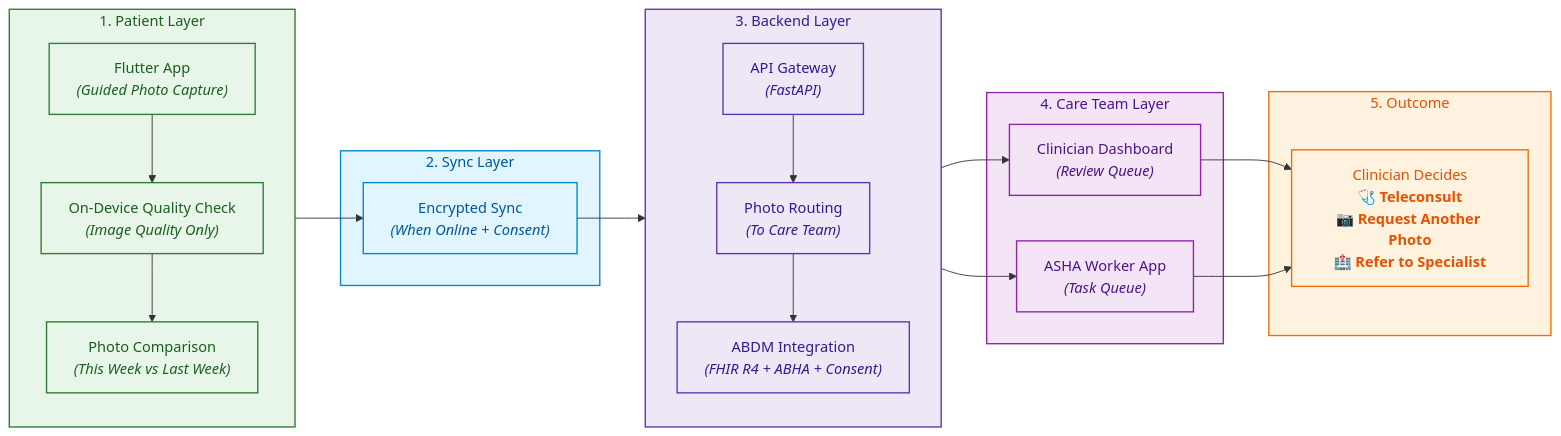
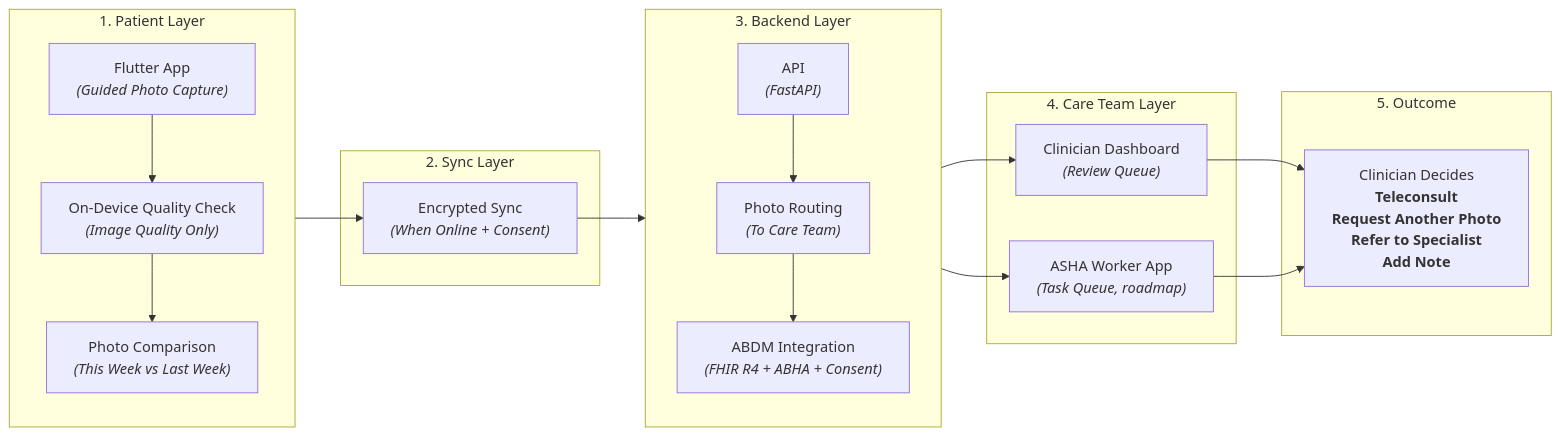
The diagram in README.md (kamblepranjali88-code/StepGuard-AI---Weekly-Foot-Check-Companion), drawn with Mermaid before and after one commit. The commit also changed other lines of this file, not shown here.

````diff
--- a/README.md
+++ b/README.md
@@ -67,52 +77,36 @@
 ```mermaid
 flowchart LR
     subgraph S1["1. Patient Layer"]
         direction TB
         D1["Flutter App<br/><i>(Guided Photo Capture)</i>"]
         D2["On-Device Quality Check<br/><i>(Image Quality Only)</i>"]
         D3["Photo Comparison<br/><i>(This Week vs Last Week)</i>"]
     end
 
     subgraph S2["2. Sync Layer"]
         P1["Encrypted Sync<br/><i>(When Online + Consent)</i>"]
     end
 
     subgraph S3["3. Backend Layer"]
         direction TB
-        C1["API Gateway<br/><i>(FastAPI)</i>"]
+        C1["API<br/><i>(FastAPI)</i>"]
         C2["Photo Routing<br/><i>(To Care Team)</i>"]
         C3["ABDM Integration<br/><i>(FHIR R4 + ABHA + Consent)</i>"]
     end
 
     subgraph S4["4. Care Team Layer"]
         DB["Clinician Dashboard<br/><i>(Review Queue)</i>"]
-        ASHA["ASHA Worker App<br/><i>(Task Queue)</i>"]
+        ASHA["ASHA Worker App<br/><i>(Task Queue, roadmap)</i>"]
     end
 
     subgraph S5["5. Outcome"]
-        OUT["Clinician Decides<br/><b>🩺 Teleconsult</b><br/><b>📷 Request Another Photo</b><br/><b>🏥 Refer to Specialist</b>"]
+        OUT["Clinician Decides<br/><b>Teleconsult</b><br/><b>Request Another Photo</b><br/><b>Refer to Specialist</b><br/><b>Add Note</b>"]
     end
 
-    D1 --> D2
-    D2 --> D3
-    D3 --> P1
-    P1 --> C1
-    C1 --> C2
+    D1 --> D2 --> D3 --> P1 --> C1 --> C2
     C2 --> C3
     C2 --> DB
     C2 --> ASHA
     DB --> OUT
     ASHA --> OUT
-
-    classDef patientBox fill:#e8f5e9,stroke:#2e7d32,stroke-width:1.5px,color:#1b5e20;
-    classDef syncBox fill:#e1f5fe,stroke:#0288d1,stroke-width:1.5px,color:#01579b;
-    classDef backendBox fill:#ede7f6,stroke:#5e35b1,stroke-width:1.5px,color:#311b92;
-    classDef careBox fill:#f3e5f5,stroke:#8e24aa,stroke-width:1.5px,color:#4a148c;
-    classDef outBox fill:#fff3e0,stroke:#ef6c00,stroke-width:1.5px,color:#e65100;
-
-    class S1,D1,D2,D3 patientBox;
-    class S2,P1 syncBox;
-    class S3,C1,C2,C3 backendBox;
-    class S4,DB,ASHA careBox;
-    class S5,OUT outBox;
 ```
````
